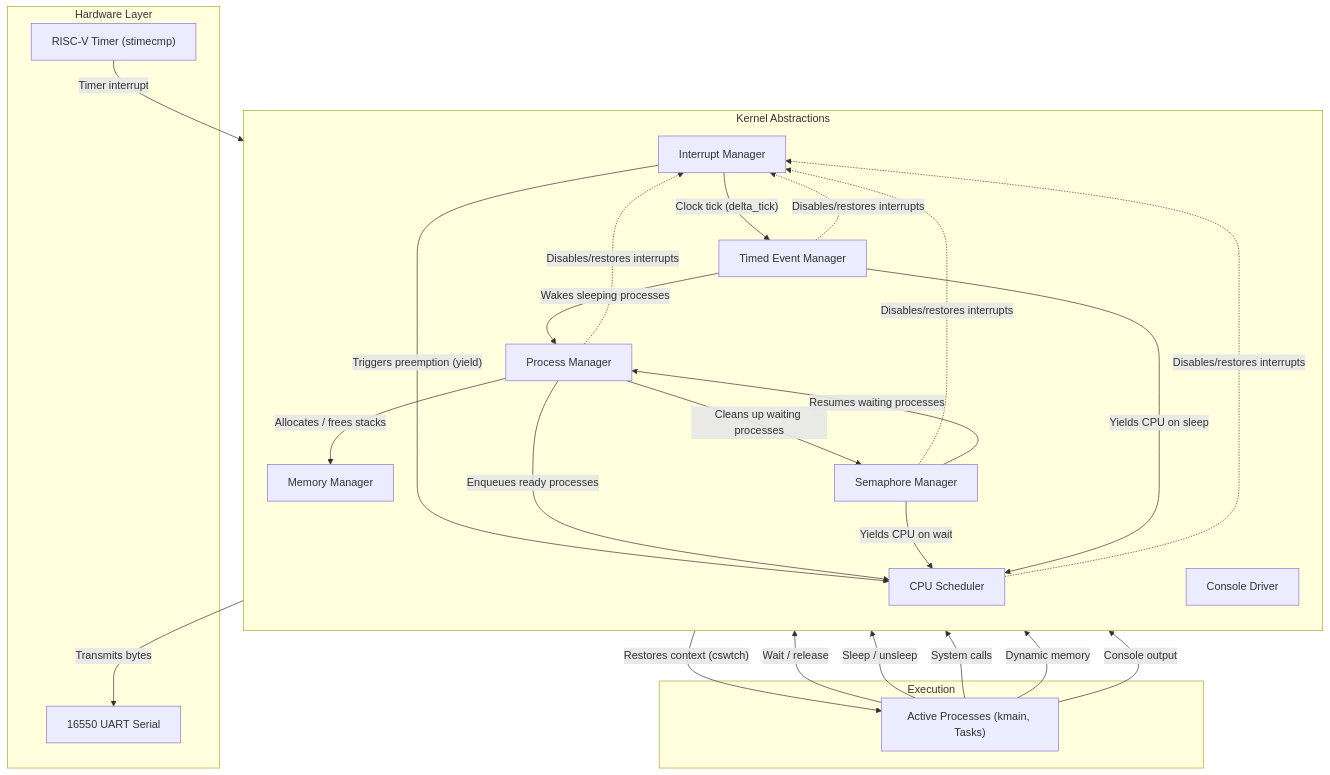
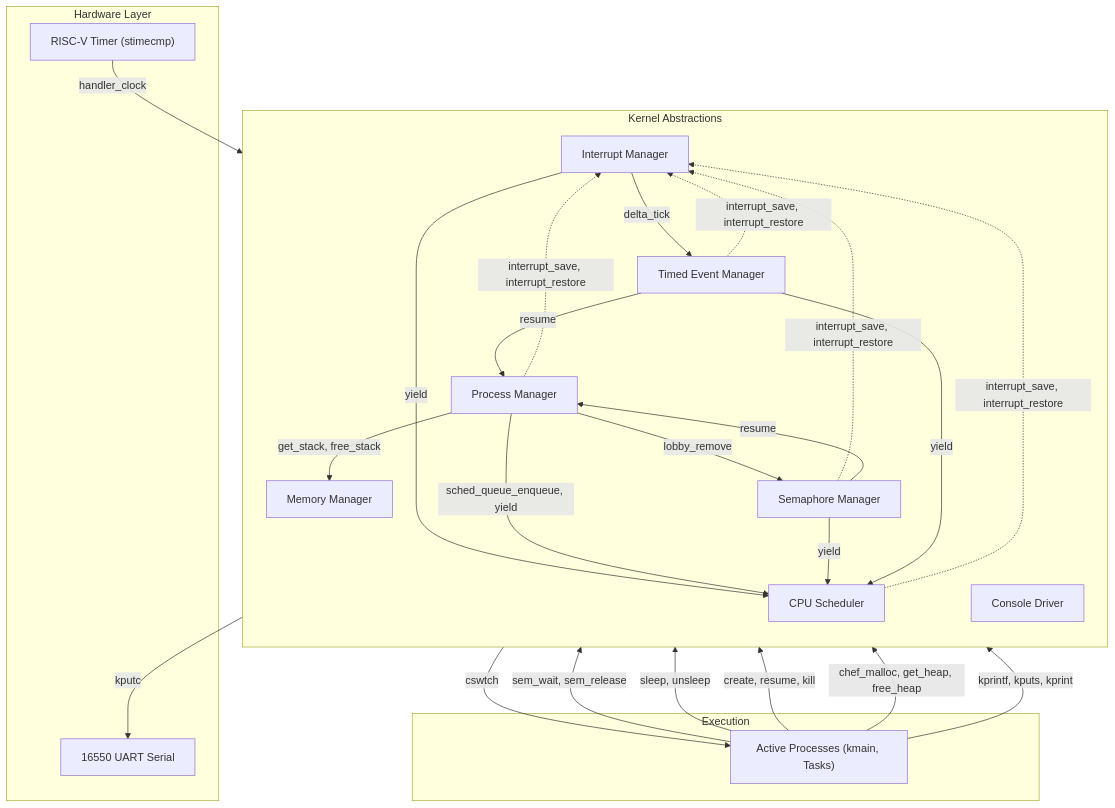
Before and after one commit to AtesIsf/Rio: the diagram in README.md, drawn with Mermaid. The commit also changed other lines of this file, not shown here.

Commit message:
added modules section & rewamped flowchart

````diff
--- a/README.md
+++ b/README.md
@@ -108,55 +208,55 @@
 ```mermaid
 flowchart TD
     subgraph Hardware ["Hardware Layer"]
         HW_TIMER["RISC-V Timer (stimecmp)"]
         HW_UART["16550 UART Serial"]
     end
 
     subgraph Core ["Kernel Abstractions"]
         direction TB
         MEM["Memory Manager"]
         PROC["Process Manager"]
         INT["Interrupt Manager"]
         SCHED["CPU Scheduler"]
         SEM["Semaphore Manager"]
         TIMED["Timed Event Manager"]
         CONSOLE["Console Driver"]
     end
 
     subgraph Exec ["Execution"]
         TASKS["Active Processes (kmain, Tasks)"]
     end
 
     %% Preemption & Scheduling
-    HW_TIMER -->|"Timer interrupt"| INT
-    INT -->|"Triggers preemption (yield)"| SCHED
-    SCHED -->|"Restores context (cswtch)"| TASKS
+    HW_TIMER -->|"handler_clock"| INT
+    INT -->|"yield"| SCHED
+    SCHED -->|"cswtch"| TASKS
 
     %% Concurrency & Critical Sections
-    SCHED -.->|"Disables/restores interrupts"| INT
-    PROC -.->|"Disables/restores interrupts"| INT
-    SEM -.->|"Disables/restores interrupts"| INT
-    TIMED -.->|"Disables/restores interrupts"| INT
+    SCHED -.->|"interrupt_save, interrupt_restore"| INT
+    PROC -.->|"interrupt_save, interrupt_restore"| INT
+    SEM -.->|"interrupt_save, interrupt_restore"| INT
+    TIMED -.->|"interrupt_save, interrupt_restore"| INT
 
     %% Process & Memory Interactions
-    PROC -->|"Allocates / frees stacks"| MEM
-    PROC -->|"Enqueues ready processes"| SCHED
+    PROC -->|"get_stack, free_stack"| MEM
+    PROC -->|"sched_queue_enqueue, yield"| SCHED
 
     %% Synchronization (Semaphores)
-    TASKS -->|"Wait / release"| SEM
-    SEM -->|"Resumes waiting processes"| PROC
-    SEM -->|"Yields CPU on wait"| SCHED
-    PROC -->|"Cleans up waiting processes"| SEM
+    TASKS -->|"sem_wait, sem_release"| SEM
+    SEM -->|"resume"| PROC
+    SEM -->|"yield"| SCHED
+    PROC -->|"lobby_remove"| SEM
 
     %% Timed Events & Sleep
-    TASKS -->|"Sleep / unsleep"| TIMED
-    INT -->|"Clock tick (delta_tick)"| TIMED
-    TIMED -->|"Wakes sleeping processes"| PROC
-    TIMED -->|"Yields CPU on sleep"| SCHED
+    TASKS -->|"sleep, unsleep"| TIMED
+    INT -->|"delta_tick"| TIMED
+    TIMED -->|"resume"| PROC
+    TIMED -->|"yield"| SCHED
 
     %% Task Execution & I/O
-    TASKS -->|"System calls"| PROC
-    TASKS -->|"Dynamic memory"| MEM
-    TASKS -->|"Console output"| CONSOLE
-    CONSOLE -->|"Transmits bytes"| HW_UART
+    TASKS -->|"create, resume, kill"| PROC
+    TASKS -->|"chef_malloc, get_heap, free_heap"| MEM
+    TASKS -->|"kprintf, kputs, kprint"| CONSOLE
+    CONSOLE -->|"kputc"| HW_UART
 ```
````
